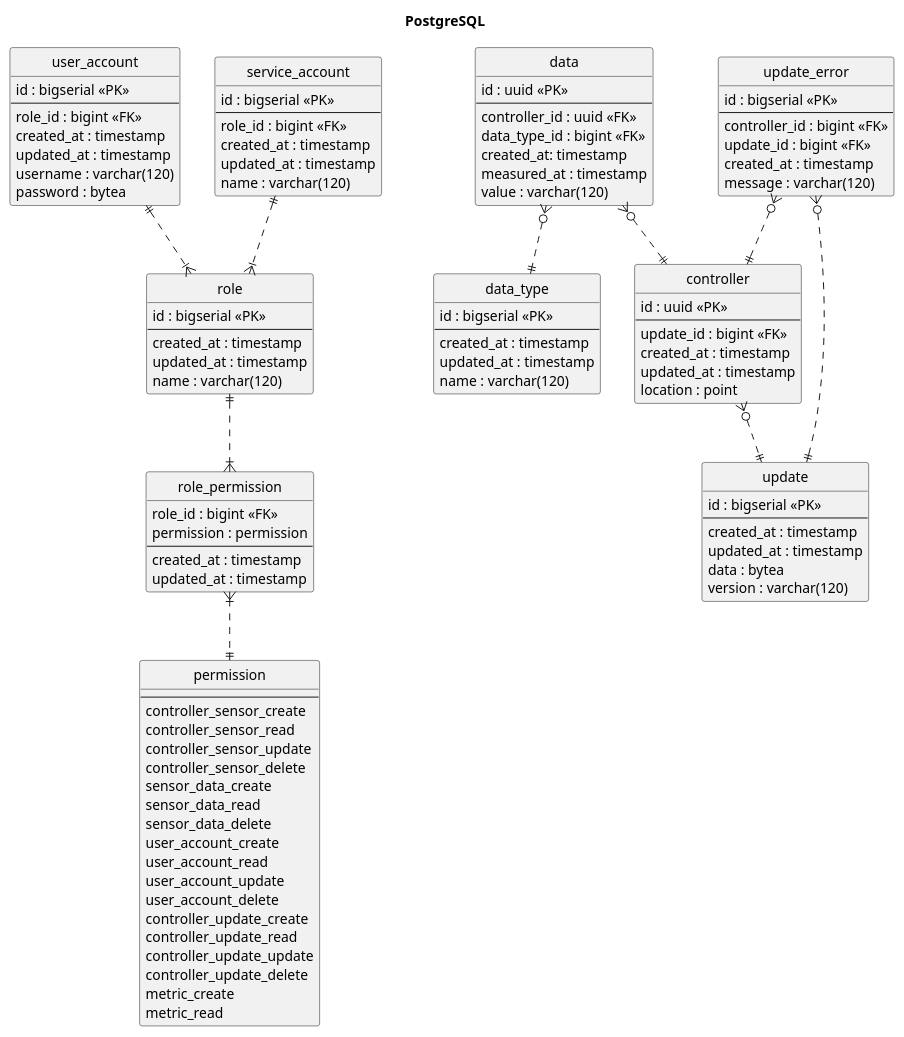
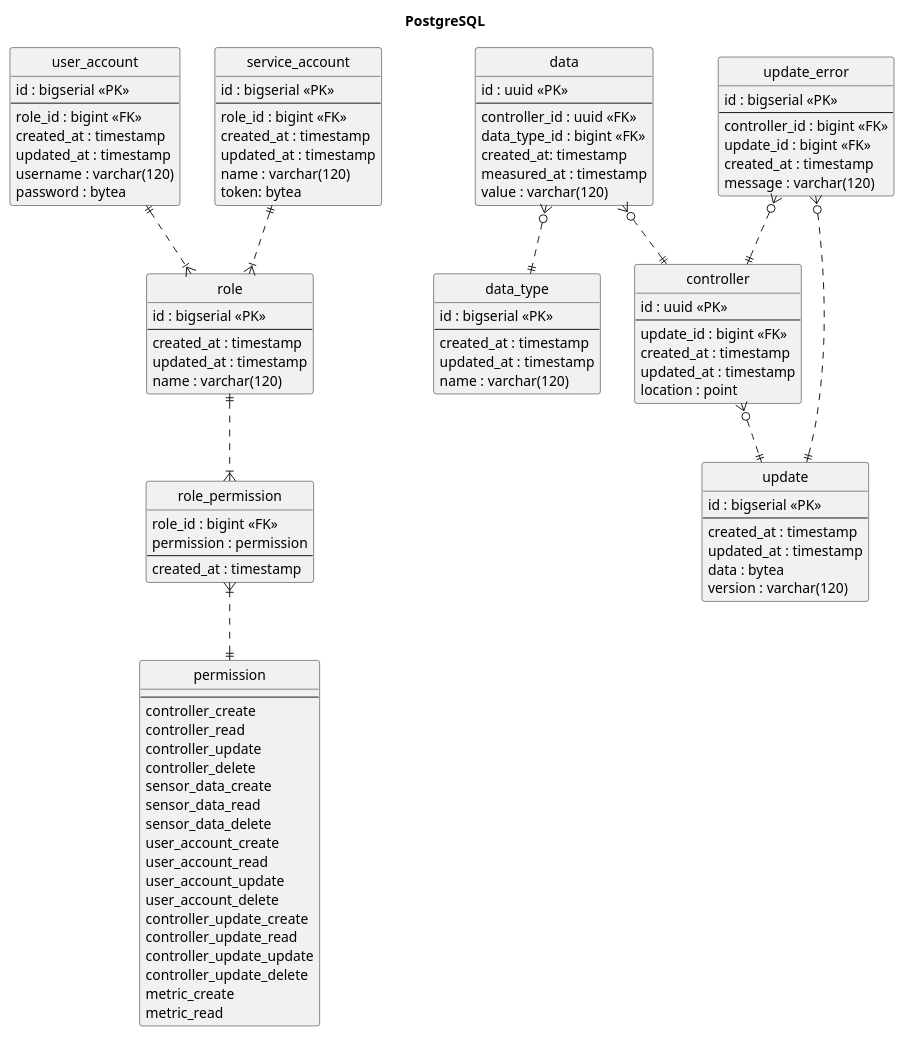
Before and after one commit to mdma-backend/mdma-backend: the diagram in docs/er-diagram-postgres.plantuml, drawn with PlantUML. The commit also changed 4 other files, not shown here.

```diff
--- a/docs/er-diagram-postgres.plantuml
+++ b/docs/er-diagram-postgres.plantuml
@@ -1,116 +1,116 @@
 @startuml PostgreSQL
 title PostgreSQL
 hide circle
 
 entity user_account {
     id : bigserial <<PK>>
     --
     role_id : bigint <<FK>>
     created_at : timestamp
     updated_at : timestamp
     username : varchar(120)
     password : bytea
 }
 
 entity service_account {
     id : bigserial <<PK>>
     --
     role_id : bigint <<FK>>
     created_at : timestamp
     updated_at : timestamp
     name : varchar(120)
+    token: bytea
 }
 
 entity role {
     id : bigserial <<PK>>
     --
     created_at : timestamp
     updated_at : timestamp
     name : varchar(120)
 }
 
 entity role_permission {
     role_id : bigint <<FK>>
     permission : permission
     --
     created_at : timestamp
-    updated_at : timestamp
 }
 
 enum permission {
     --
-    controller_sensor_create
-    controller_sensor_read
-    controller_sensor_update
-    controller_sensor_delete
+    controller_create
+    controller_read
+    controller_update
+    controller_delete
     sensor_data_create
     sensor_data_read
     sensor_data_delete
     user_account_create
     user_account_read
     user_account_update
     user_account_delete
     controller_update_create
     controller_update_read
     controller_update_update
     controller_update_delete
     metric_create
     metric_read
 }
 
 entity data {
     id : uuid <<PK>>
     --
     controller_id : uuid <<FK>>
     data_type_id : bigint <<FK>>
     created_at: timestamp
     measured_at : timestamp
     value : varchar(120)
 }
 
 entity data_type {
     id : bigserial <<PK>>
     --
     created_at : timestamp
     updated_at : timestamp
     name : varchar(120)
 }
 
 entity controller {
     id : uuid <<PK>>
     --
     update_id : bigint <<FK>>
     created_at : timestamp
     updated_at : timestamp
     location : point
 }
 
 entity update {
     id : bigserial <<PK>>
     --
     created_at : timestamp
     updated_at : timestamp
     data : bytea
     version : varchar(120)
 }
 
 entity update_error {
     id : bigserial <<PK>>
     --
     controller_id : bigint <<FK>>
     update_id : bigint <<FK>>
     created_at : timestamp
     message : varchar(120)
 }
 
 user_account ||..|{ role
 service_account ||..|{ role
 role ||..|{ role_permission
 role_permission }|..|| permission
 data }o..|| data_type
 data }o..|| controller
 controller }o..|| update
 update_error }o..|| controller
 update_error }o..|| update
 
 @enduml
```
